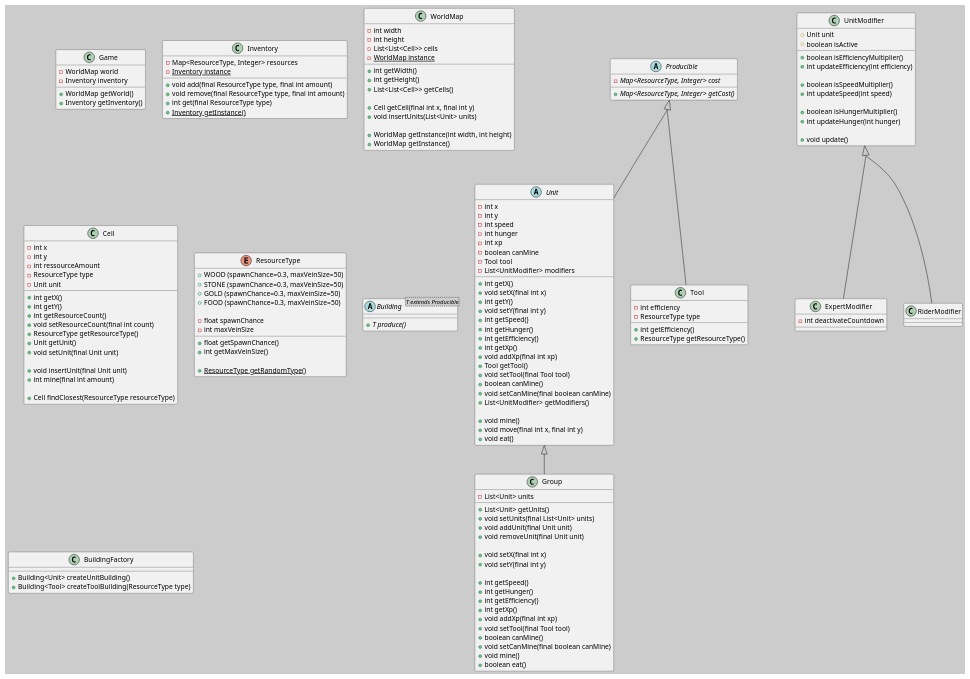
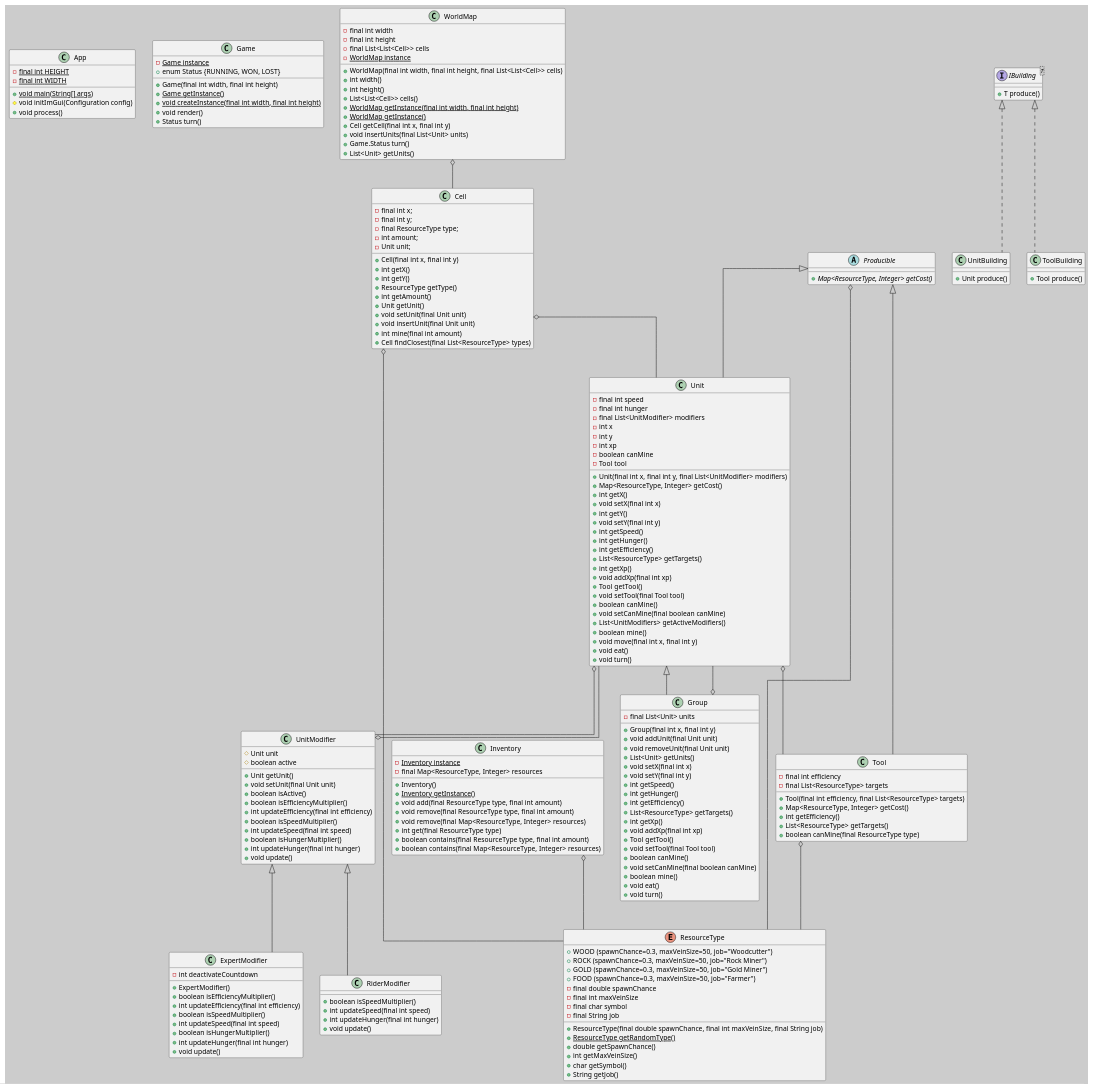
The diagram in doc/class.puml (17maiga/strategy_game_dp), drawn with PlantUML before and after one commit. The commit also changed 10 other files, not shown here.

Commit message:
Update UML

```diff
--- a/doc/class.puml
+++ b/doc/class.puml
@@ -1,95 +1,129 @@
 @startuml
-skinparam groupInheritance 2
 skinparam backgroundColor #CCCCCC
+skinparam linetype ortho
+
+class App {
+  {static} -final int HEIGHT
+  {static} -final int WIDTH
+
+  {static} +void main(String[] args)
+  #void initImGui(Configuration config)
+  +void process()
+}
 
 class Game {
-  -WorldMap world
-  -Inventory inventory
+  {static} -Game instance
+  +enum Status {RUNNING, WON, LOST}
 
-  +WorldMap getWorld()
-  +Inventory getInventory()
+  +Game(final int width, final int height)
+  {static} +Game getInstance()
+  {static} +void createInstance(final int width, final int height)
+  +void render()
+  +Status turn()
+}
+
+class WorldMap {
+  -final int width
+  -final int height
+  -final List<List<Cell>> cells
+  {static} -WorldMap instance
+
+  +WorldMap(final int width, final int height, final List<List<Cell>> cells)
+  +int width()
+  +int height()
+  +List<List<Cell>> cells()
+  {static} +WorldMap getInstance(final int width, final int height)
+  {static} +WorldMap getInstance()
+  +Cell getCell(final int x, final int y)
+  +void insertUnits(final List<Unit> units)
+  +Game.Status turn()
+  +List<Unit> getUnits()
+}
+WorldMap o-- Cell
+
+enum ResourceType {
+  {field} +WOOD (spawnChance=0.3, maxVeinSize=50, job="Woodcutter")
+  {field} +ROCK (spawnChance=0.3, maxVeinSize=50, job="Rock Miner")
+  {field} +GOLD (spawnChance=0.3, maxVeinSize=50, job="Gold Miner")
+  {field} +FOOD (spawnChance=0.3, maxVeinSize=50, job="Farmer")
+  -final double spawnChance
+  -final int maxVeinSize
+  -final char symbol
+  -final String job
+
+  +ResourceType(final double spawnChance, final int maxVeinSize, final String job)
+  {static} +ResourceType getRandomType()
+  +double getSpawnChance()
+  +int getMaxVeinSize()
+  +char getSymbol()
+  +String getJob()
 }
 
 class Inventory {
-  -Map<ResourceType, Integer> resources
   {static} -Inventory instance
+  -final Map<ResourceType, Integer> resources
 
+  +Inventory()
+  {static} +Inventory getInstance()
   +void add(final ResourceType type, final int amount)
   +void remove(final ResourceType type, final int amount)
+  +void remove(final Map<ResourceType, Integer> resources)
   +int get(final ResourceType type)
-  {static} +Inventory getInstance()
+  +boolean contains(final ResourceType type, final int amount)
+  +boolean contains(final Map<ResourceType, Integer> resources)
 }
-
-class WorldMap {
-  -int width
-  -int height
-  -List<List<Cell>> cells
-  {static} -WorldMap instance
-
-
-  +int getWidth()
-  +int getHeight()
-  +List<List<Cell>> getCells()
-
-  +Cell getCell(final int x, final int y)
-  +void insertUnits(List<Unit> units)
-
-  +WorldMap getInstance(int width, int height)
-  +WorldMap getInstance()
-}
+Inventory o-- ResourceType
 
 class Cell {
+  -final int x;
+  -final int y;
+  -final ResourceType type;
+  -int amount;
+  -Unit unit;
+
+  +Cell(final int x, final int y)
+  +int getX()
+  +int getY()
+  +ResourceType getType()
+  +int getAmount()
+  +Unit getUnit()
+  +void setUnit(final Unit unit)
+  +void insertUnit(final Unit unit)
+  +int mine(final int amount)
+  +Cell findClosest(final List<ResourceType> types)
+}
+Cell o-- Unit
+Cell o-- ResourceType
+
+abstract class Producible {
+  {abstract} +Map<ResourceType, Integer> getCost()
+}
+Producible o-- ResourceType
+
+class Tool extends Producible {
+  -final int efficiency
+  -final List<ResourceType> targets
+
+  +Tool(final int efficiency, final List<ResourceType> targets)
+  +Map<ResourceType, Integer> getCost()
+  +int getEfficiency()
+  +List<ResourceType> getTargets()
+  +boolean canMine(final ResourceType type)
+}
+Tool o-- ResourceType
+
+class Unit extends Producible {
+  -final int speed
+  -final int hunger
+  -final List<UnitModifier> modifiers
   -int x
   -int y
-  -int ressourceAmount
-  -ResourceType type
-  -Unit unit
-
-  +int getX()
-  +int getY()
-  +int getResourceCount()
-  +void setResourceCount(final int count)
-  +ResourceType getResourceType()
-  +Unit getUnit()
-  +void setUnit(final Unit unit)
-
-  +void insertUnit(final Unit unit)
-  +int mine(final int amount)
-
-  +Cell findClosest(ResourceType resourceType)
-}
-
-enum ResourceType {
-  {field} +WOOD (spawnChance=0.3, maxVeinSize=50)
-  {field} +STONE (spawnChance=0.3, maxVeinSize=50)
-  {field} +GOLD (spawnChance=0.3, maxVeinSize=50)
-  {field} +FOOD (spawnChance=0.3, maxVeinSize=50)
-
-  -float spawnChance
-  -int maxVeinSize
-
-  +float getSpawnChance()
-  +int getMaxVeinSize()
-
-  {static} +ResourceType getRandomType()
-}
-
-abstract class Producible {
-  {abstract} -Map<ResourceType, Integer> cost
-
-  {abstract} +Map<ResourceType, Integer> getCost()
-}
-
-abstract class Unit extends Producible {
-  -int x
-  -int y
-  -int speed
-  -int hunger
   -int xp
   -boolean canMine
   -Tool tool
-  -List<UnitModifier> modifiers
 
+  +Unit(final int x, final int y, final List<UnitModifier> modifiers)
+  +Map<ResourceType, Integer> getCost()
   +int getX()
   +void setX(final int x)
   +int getY()
@@ -97,80 +131,94 @@
   +int getSpeed()
   +int getHunger()
   +int getEfficiency()
+  +List<ResourceType> getTargets()
   +int getXp()
   +void addXp(final int xp)
   +Tool getTool()
   +void setTool(final Tool tool)
   +boolean canMine()
   +void setCanMine(final boolean canMine)
-  +List<UnitModifier> getModifiers()
-
-  +void mine()
+  +List<UnitModifiers> getActiveModifiers()
+  +boolean mine()
   +void move(final int x, final int y)
   +void eat()
+  +void turn()
 }
+Unit o-- UnitModifier
+Unit o-- Tool
 
 class Group extends Unit {
-  -List<Unit> units
+  -final List<Unit> units
 
-  +List<Unit> getUnits()
-  +void setUnits(final List<Unit> units)
+  +Group(final int x, final int y)
   +void addUnit(final Unit unit)
   +void removeUnit(final Unit unit)
-
+  +List<Unit> getUnits()
   +void setX(final int x)
   +void setY(final int y)
-
   +int getSpeed()
   +int getHunger()
   +int getEfficiency()
+  +List<ResourceType> getTargets()
   +int getXp()
   +void addXp(final int xp)
+  +Tool getTool()
   +void setTool(final Tool tool)
   +boolean canMine()
   +void setCanMine(final boolean canMine)
-  +void mine()
-  +boolean eat()
+  +boolean mine()
+  +void eat()
+  +void turn()
 }
+Group o-- Unit
 
 class UnitModifier {
   #Unit unit
-  #boolean isActive
+  #boolean active
 
+  +Unit getUnit()
+  +void setUnit(final Unit unit)
+  +boolean isActive()
   +boolean isEfficiencyMultiplier()
-  +int updateEfficiency(int efficiency)
+  +int updateEfficiency(final int efficiency)
+  +boolean isSpeedMultiplier()
+  +int updateSpeed(final int speed)
+  +boolean isHungerMultiplier()
+  +int updateHunger(final int hunger)
+  +void update()
+}
+UnitModifier o-- Unit
 
+class ExpertModifier extends UnitModifier {
+  -int deactivateCountdown
+
+  +ExpertModifier()
+  +boolean isEfficiencyMultiplier()
+  +int updateEfficiency(final int efficiency)
   +boolean isSpeedMultiplier()
-  +int updateSpeed(int speed)
-
+  +int updateSpeed(final int speed)
   +boolean isHungerMultiplier()
-  +int updateHunger(int hunger)
-
+  +int updateHunger(final int hunger)
   +void update()
 }
 
-class ExpertModifier extends UnitModifier {
-  -int deactivateCountdown
+class RiderModifier extends UnitModifier {
+  +boolean isSpeedMultiplier()
+  +int updateSpeed(final int speed)
+  +int updateHunger(final int hunger)
+  +void update()
 }
 
-class RiderModifier extends UnitModifier {
+interface IBuilding<T> {
+  +T produce()
 }
 
-class Tool extends Producible {
-  -int efficiency
-  -ResourceType type
-
-  +int getEfficiency()
-  +ResourceType getResourceType()
+class UnitBuilding implements IBuilding {
+  +Unit produce()
 }
 
-abstract class Building<T extends Producible> {
-  {abstract} +T produce()
-}
-
-class BuildingFactory {
-  +Building<Unit> createUnitBuilding()
-  +Building<Tool> createToolBuilding(ResourceType type)
+class ToolBuilding implements IBuilding {
+  +Tool produce()
 }
 
 @enduml
```
